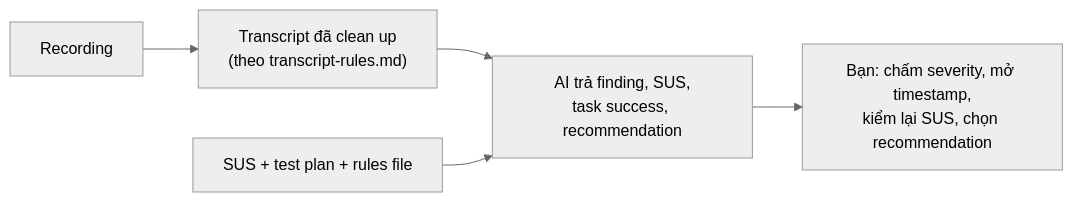
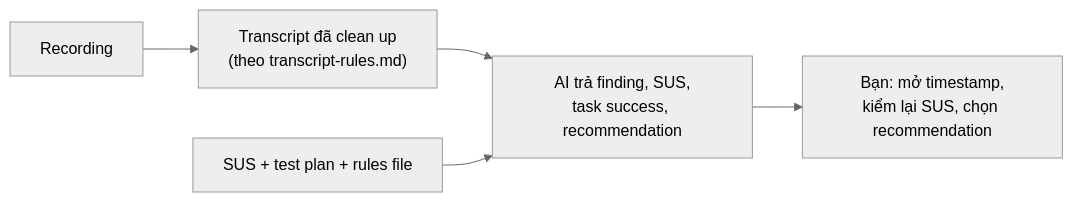
Before and after one commit to vannguyen2910/ai-design-workflow: the second of 3 diagrams in lessons/06-test-with-real-users/materials/test-with-real-users-lesson.md, drawn with Mermaid (neutral theme). The commit also changed other lines of this file and 19 other files, not shown here.

````diff
--- a/lessons/06-test-with-real-users/materials/test-with-real-users-lesson.md
+++ b/lessons/06-test-with-real-users/materials/test-with-real-users-lesson.md
@@ -273,7 +339,7 @@
 ```mermaid
 flowchart LR
   R["Recording"] --> T["Transcript đã clean up<br/>(theo transcript-rules.md)"]
   T --> AI["AI trả finding, SUS,<br/>task success, recommendation"]
   S["SUS + test plan + rules file"] --> AI
-  AI --> Y["Bạn: chấm severity, mở timestamp,<br/>kiểm lại SUS, chọn recommendation"]
+  AI --> Y["Bạn: mở timestamp,<br/>kiểm lại SUS, chọn recommendation"]
 ```
````
